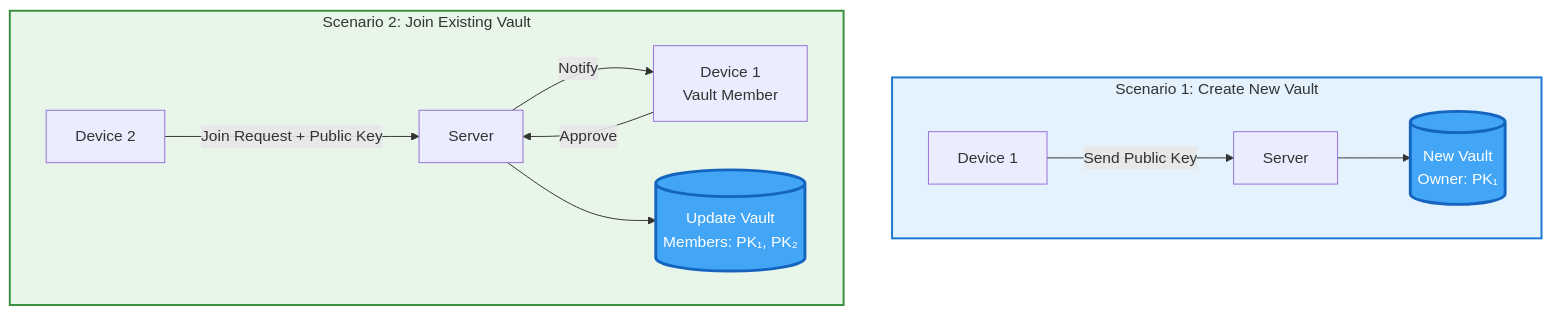
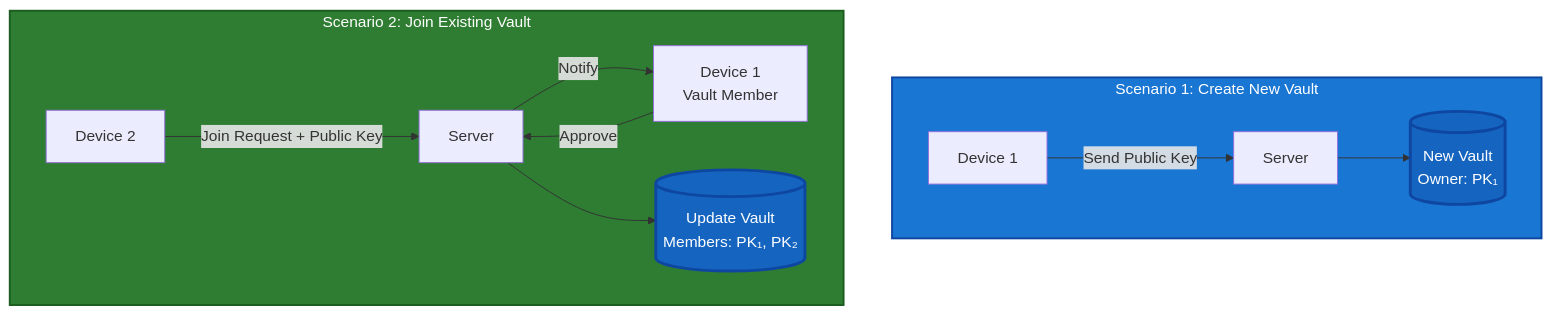
One commit to meta-secret/meta-secret-core changed the third of 9 diagrams in docs/meta-secret-technical-presentation.md. Above: the diagram before and after it, drawn with Mermaid. The commit also changed other lines of this file, not shown here.

````diff
--- a/docs/meta-secret-technical-presentation.md
+++ b/docs/meta-secret-technical-presentation.md
@@ -355,19 +355,19 @@
 ```mermaid
 flowchart TB
     subgraph CREATE["Scenario 1: Create New Vault"]
         D1[Device 1] -->|Send Public Key| S1[Server]
         S1 --> V1[(New Vault<br/>Owner: PK₁)]
     end
     
     subgraph JOIN["Scenario 2: Join Existing Vault"]
         D2[Device 2] -->|Join Request + Public Key| S2[Server]
         S2 -->|Notify| D1B[Device 1<br/>Vault Member]
         D1B -->|Approve| S2
         S2 --> V2[(Update Vault<br/>Members: PK₁, PK₂)]
     end
     
-    style V1 fill:#42a5f5,color:#fff,stroke:#1565c0,stroke-width:3px
-    style V2 fill:#42a5f5,color:#fff,stroke:#1565c0,stroke-width:3px
-    style CREATE fill:#e3f2fd,stroke:#1976d2,stroke-width:2px
-    style JOIN fill:#e8f5e9,stroke:#388e3c,stroke-width:2px
+    style V1 fill:#1565c0,color:#fff,stroke:#0d47a1,stroke-width:3px
+    style V2 fill:#1565c0,color:#fff,stroke:#0d47a1,stroke-width:3px
+    style CREATE fill:#1976d2,color:#fff,stroke:#0d47a1,stroke-width:2px
+    style JOIN fill:#2e7d32,color:#fff,stroke:#1b5e20,stroke-width:2px
 ```
````
